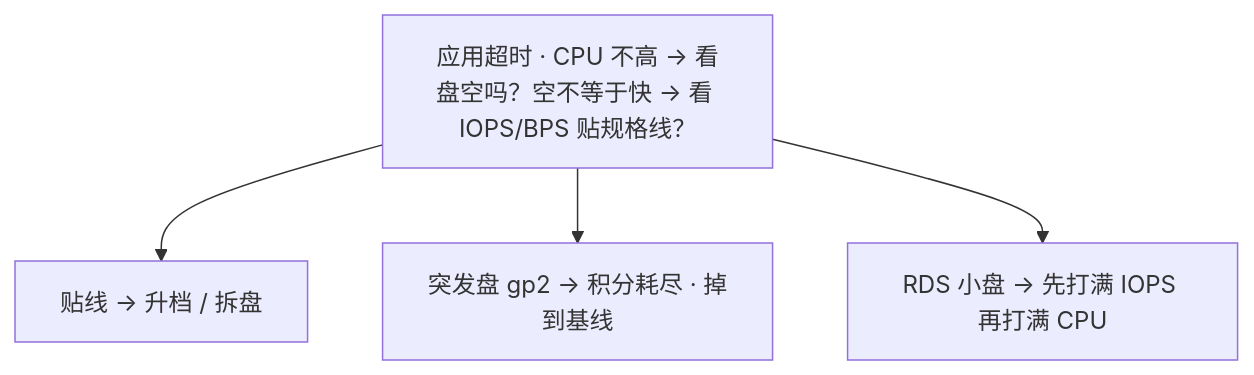
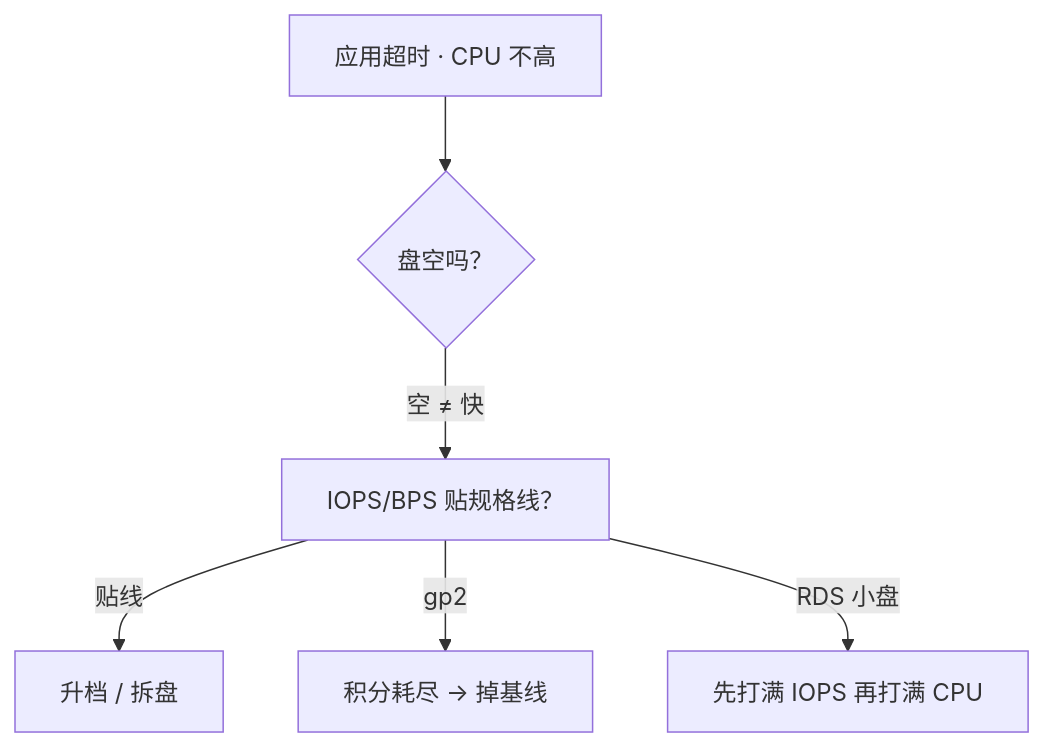
Before and after one commit to ml-cuizijun/LearnToLilith: the third of 8 diagrams in 06-云平台/03-云上存储与数据库/知识点.md, drawn with Mermaid. The commit also changed other lines of this file and 178 other files, not shown here.

````diff
--- a/06-云平台/03-云上存储与数据库/知识点.md
+++ b/06-云平台/03-云上存储与数据库/知识点.md
@@ -98,7 +94,8 @@
 ```mermaid
 graph TD
-    A["应用超时 · CPU 不高 → 看盘空吗？空不等于快 → 看 IOPS/BPS 贴规格线？"]
-    A --> B["贴线 → 升档 / 拆盘"]
-    A --> C["突发盘 gp2 → 积分耗尽 · 掉到基线"]
-    A --> D["RDS 小盘 → 先打满 IOPS 再打满 CPU"]
+    A["应用超时 · CPU 不高"] --> B{"盘空吗？"}
+    B -->|"空 ≠ 快"| C["IOPS/BPS 贴规格线？"]
+    C -->|贴线| D["升档 / 拆盘"]
+    C -->|gp2| E["积分耗尽 → 掉基线"]
+    C -->|RDS 小盘| F["先打满 IOPS 再打满 CPU"]
 ```
````
